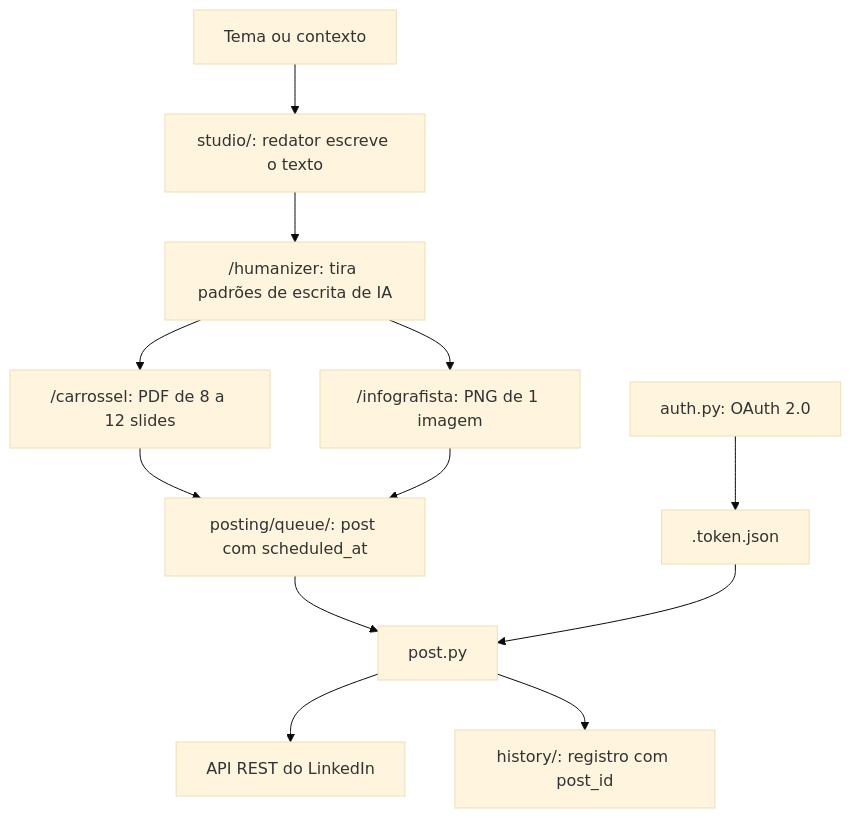
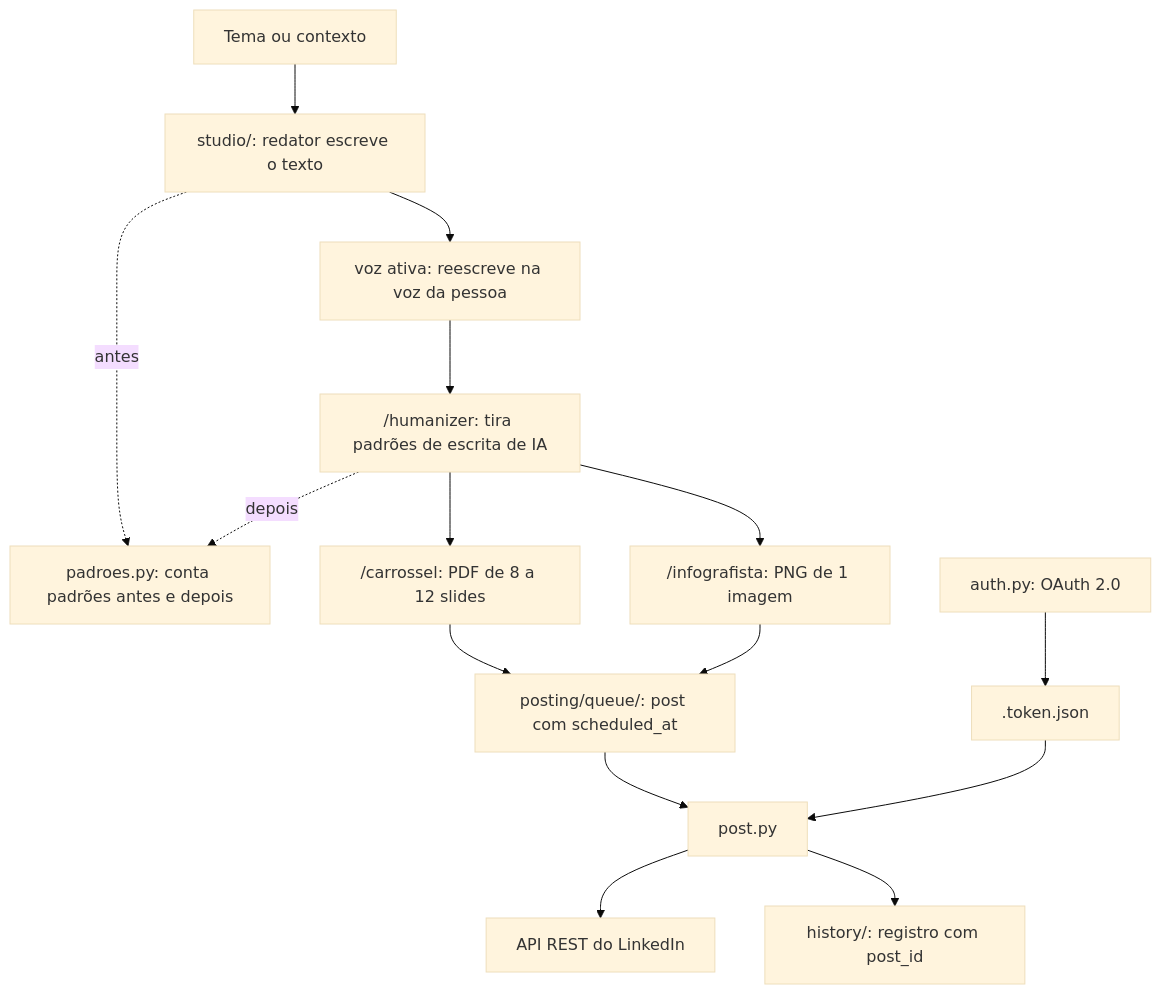
The diagram in README.md (romualdobarbosa/linkeasy), drawn with Mermaid (base theme) before and after one commit. The commit also changed other lines of this file, not shown here.

First line of the commit message:
README: /criar-voz, identidade visual e medição do humanizer

````diff
--- a/README.md
+++ b/README.md
@@ -47,14 +47,17 @@
 ```mermaid
 flowchart TD
     tema["Tema ou contexto"] --> redator["studio/: redator escreve o texto"]
-    redator --> humanizer["/humanizer: tira padrões de escrita de IA"]
+    redator --> voz["voz ativa: reescreve na voz da pessoa"]
+    voz --> humanizer["/humanizer: tira padrões de escrita de IA"]
+    redator -. antes .-> medida["padroes.py: conta padrões antes e depois"]
+    humanizer -. depois .-> medida
     humanizer --> carrossel["/carrossel: PDF de 8 a 12 slides"]
     humanizer --> infografico["/infografista: PNG de 1 imagem"]
     carrossel --> fila["posting/queue/: post com scheduled_at"]
     infografico --> fila
     fila --> post["post.py"]
     post --> api["API REST do LinkedIn"]
     post --> history["history/: registro com post_id"]
     auth["auth.py: OAuth 2.0"] --> token[".token.json"]
     token --> post
 ```
````
